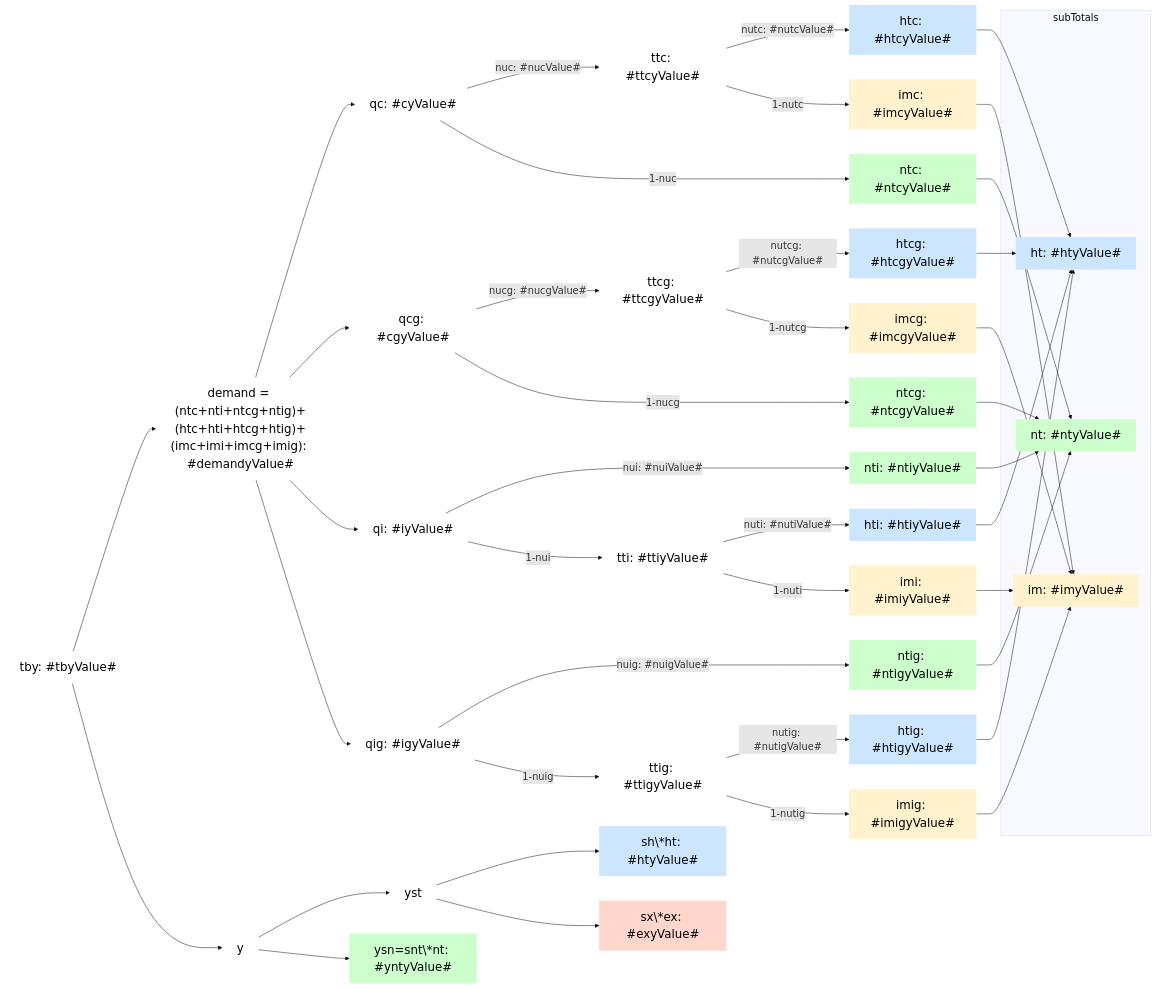
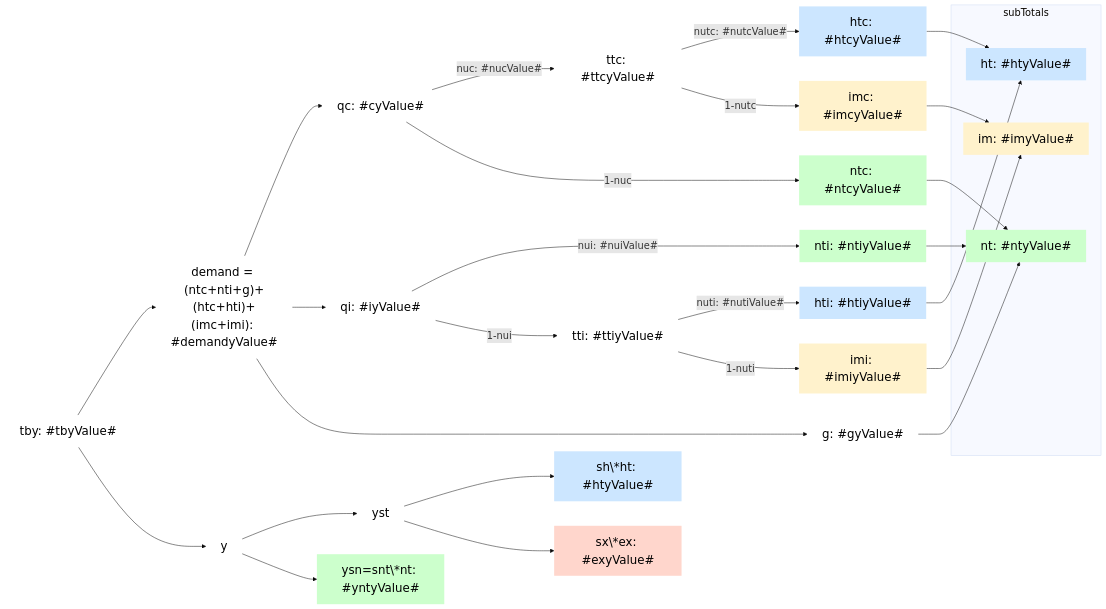
The diagram in aMyNotes/EAGLE_graph_orig.md (kbankowski-econ/2024-01_eagle), drawn with Mermaid before and after one commit.

Commit message:
Graph of the original model (2)

````diff
--- a/aMyNotes/EAGLE_graph_orig.md
+++ b/aMyNotes/EAGLE_graph_orig.md
@@ -7,33 +7,23 @@
 classDef hometradable fill:#cce6ff,stroke:none,color:black,font-size:24px; %% A more vibrant blue
 classDef exportable fill:#ffd6cc,stroke:none,color:black,font-size:24px;  %% A soft coral orange
  tby["tby: #tbyValue#"]
- demand["demand = (ntc+nti+ntcg+ntig)+(htc+hti+htcg+htig)+(imc+imi+imcg+imig): #demandyValue#"]
+ demand["demand = (ntc+nti+g)+(htc+hti)+(imc+imi): #demandyValue#"]
  qc["qc: #cyValue#"]
- qcg["qcg: #cgyValue#"]
+ g["g: #gyValue#"]
  qi["qi: #iyValue#"]
- qig["qig: #igyValue#"]
  y[y]
  ttc[ttc: #ttcyValue#]
- ttcg[ttcg: #ttcgyValue#]
  tti[tti: #ttiyValue#]
- ttig[ttig: #ttigyValue#]
  nt[nt: #ntyValue#]:::nontradable
  ntc[ntc: #ntcyValue#]:::nontradable
  nti[nti: #ntiyValue#]:::nontradable
- ntcg[ntcg: #ntcgyValue#]:::nontradable
- ntig[ntig: #ntigyValue#]:::nontradable
  ht[ht: #htyValue#]:::hometradable
  htc[htc: #htcyValue#]:::hometradable
- htcg[htcg: #htcgyValue#]:::hometradable
  hti[hti: #htiyValue#]:::hometradable
- htig[htig: #htigyValue#]:::hometradable
  sh\*ht[sh\*ht: #htyValue#]:::hometradable
  im[im: #imyValue#]:::imported
  imc[imc: #imcyValue#]:::imported
- imcg[imcg: #imcgyValue#]:::imported
  imi[imi: #imiyValue#]:::imported
- imig[imig: #imigyValue#]:::imported
- imig[imig: #imigyValue#]:::imported
  ysn["ysn=snt\*nt: #yntyValue#"]:::nontradable
  sx\*ex["sx\*ex: #exyValue#"]:::exportable
 
@@ -46,39 +36,25 @@
  tby --> demand
  tby --> y
  demand --> qc
- demand --> qcg
  demand --> qi
- demand --> qig
+ demand --> g
  qc --> |nuc: #nucValue#| ttc
  qc --> |1-nuc| ntc
  ttc --> |nutc: #nutcValue#| htc
  ttc --> |1-nutc| imc
- qcg --> |nucg: #nucgValue#| ttcg
- qcg --> |1-nucg| ntcg
- ttcg --> |nutcg: #nutcgValue#| htcg
- ttcg --> |1-nutcg| imcg
  qi --> |nui: #nuiValue#| nti
  qi --> |1-nui| tti
  tti --> |nuti: #nutiValue#| hti
  tti --> |1-nuti| imi
- qig --> |nuig: #nuigValue#| ntig
- qig --> |1-nuig| ttig
- ttig --> |nutig: #nutigValue#| htig
- ttig --> |1-nutig| imig
+ g --> nt
  y --> yst
  y --> ysn
  yst --> sh\*ht
  yst --> sx\*ex
  imc --> im
- imcg --> im
  imi --> im
- imig --> im
  htc --> ht
- htcg --> ht
  hti --> ht
- htig --> ht
  ntc --> nt
- ntcg --> nt
  nti --> nt
- ntig --> nt 
  ```
````
